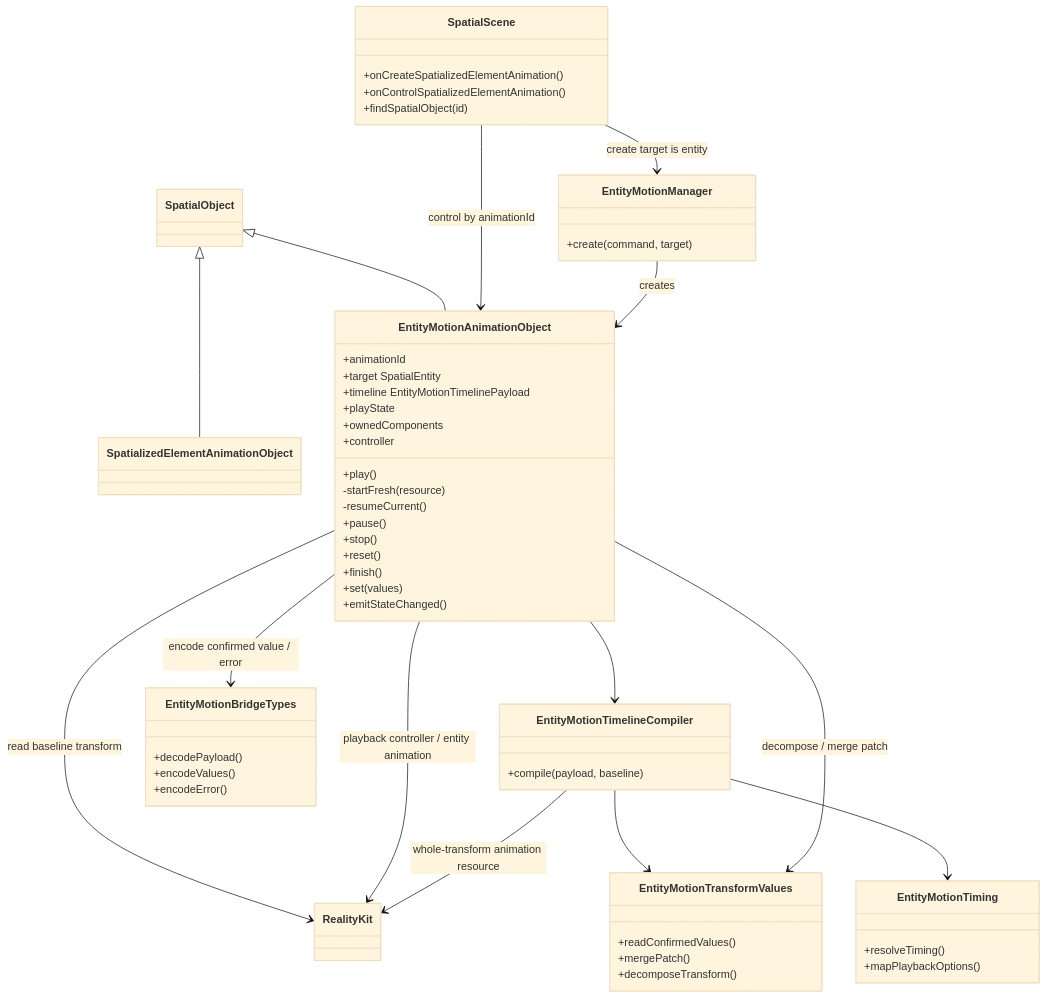
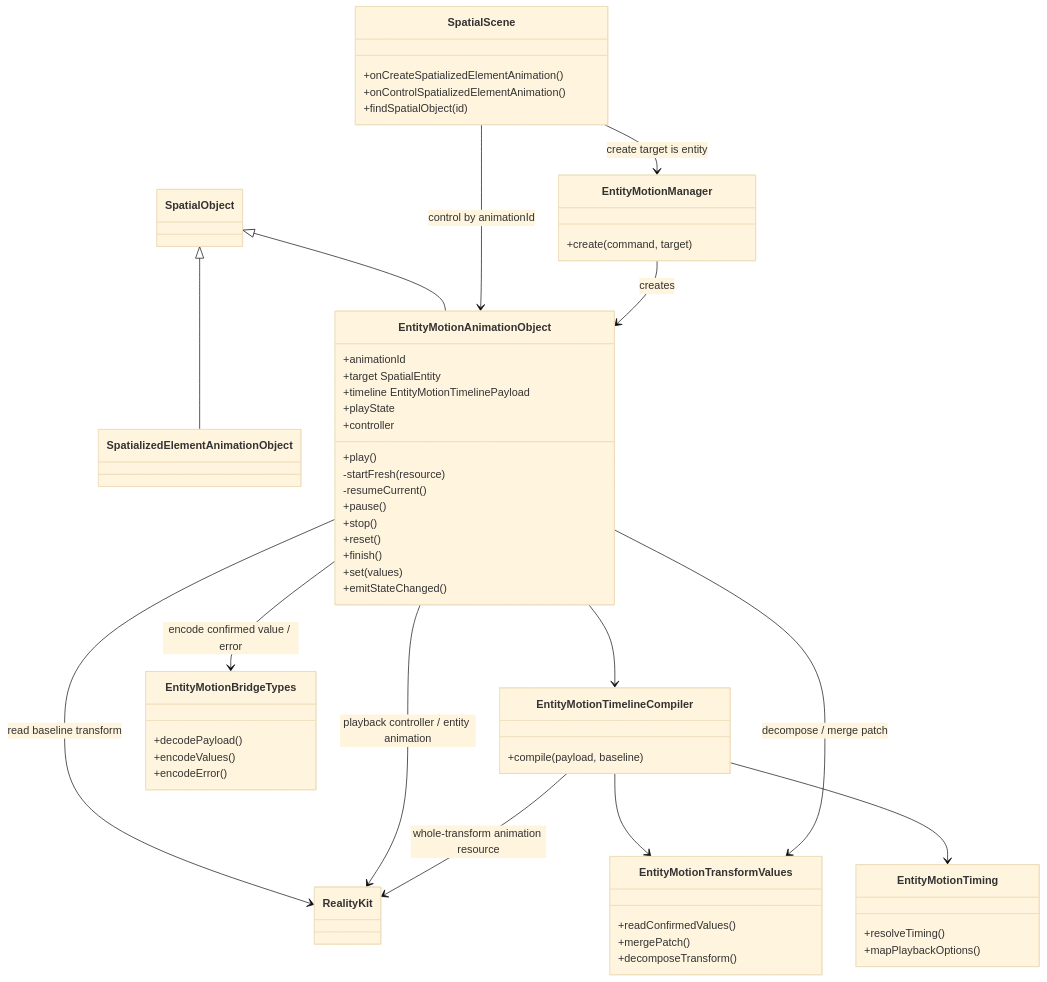
One commit to webspatial/webspatial-sdk changed the seventh of 14 diagrams in openspec/changes/redesign-entity-motion-api/design.md. Above: the diagram before and after it, drawn with Mermaid (base theme). The commit also changed other lines of this file and 7 other files, not shown here.

````diff
--- a/openspec/changes/redesign-entity-motion-api/design.md
+++ b/openspec/changes/redesign-entity-motion-api/design.md
@@ -704,62 +704,61 @@
 ```mermaid
 classDiagram
     class SpatialObject
     class SpatializedElementAnimationObject
     class SpatialScene {
         +onCreateSpatializedElementAnimation()
         +onControlSpatializedElementAnimation()
         +findSpatialObject(id)
     }
     class EntityMotionManager {
         +create(command, target)
     }
     class EntityMotionAnimationObject {
         +animationId
         +target SpatialEntity
         +timeline EntityMotionTimelinePayload
         +playState
-        +ownedComponents
         +controller
         +play()
         -startFresh(resource)
         -resumeCurrent()
         +pause()
         +stop()
         +reset()
         +finish()
         +set(values)
         +emitStateChanged()
     }
     class EntityMotionTimelineCompiler {
         +compile(payload, baseline)
     }
     class EntityMotionBridgeTypes {
         +decodePayload()
         +encodeValues()
         +encodeError()
     }
     class EntityMotionTiming {
         +resolveTiming()
         +mapPlaybackOptions()
     }
     class EntityMotionTransformValues {
         +readConfirmedValues()
         +mergePatch()
         +decomposeTransform()
     }
     class RealityKit
 
     SpatialObject <|-- SpatializedElementAnimationObject
     SpatialObject <|-- EntityMotionAnimationObject
     SpatialScene --> EntityMotionManager : create target is entity
     SpatialScene --> EntityMotionAnimationObject : control by animationId
     EntityMotionManager --> EntityMotionAnimationObject : creates
     EntityMotionAnimationObject --> EntityMotionTimelineCompiler
     EntityMotionTimelineCompiler --> EntityMotionTiming
     EntityMotionTimelineCompiler --> EntityMotionTransformValues
     EntityMotionAnimationObject --> RealityKit : read baseline transform
     EntityMotionAnimationObject --> EntityMotionTransformValues : decompose / merge patch
     EntityMotionAnimationObject --> EntityMotionBridgeTypes : encode confirmed value / error
     EntityMotionAnimationObject --> RealityKit : playback controller / entity animation
     EntityMotionTimelineCompiler --> RealityKit : whole-transform animation resource
 ```
````
